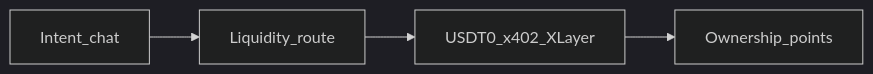
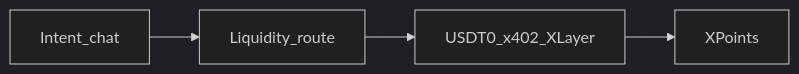
One commit to itzsihui/OKXDevDay2026 changed the diagram in README.md. Above: the diagram before and after it, drawn with Mermaid (dark theme). The commit also changed other lines of this file and 20 other files, not shown here.

````diff
--- a/README.md
+++ b/README.md
@@ -26,6 +26,6 @@
 ```mermaid
 flowchart LR
   intent[Intent_chat] --> route[Liquidity_route]
   route --> settle[USDT0_x402_XLayer]
-  settle --> own[Ownership_points]
+  settle --> earn[XPoints]
 ```
````
